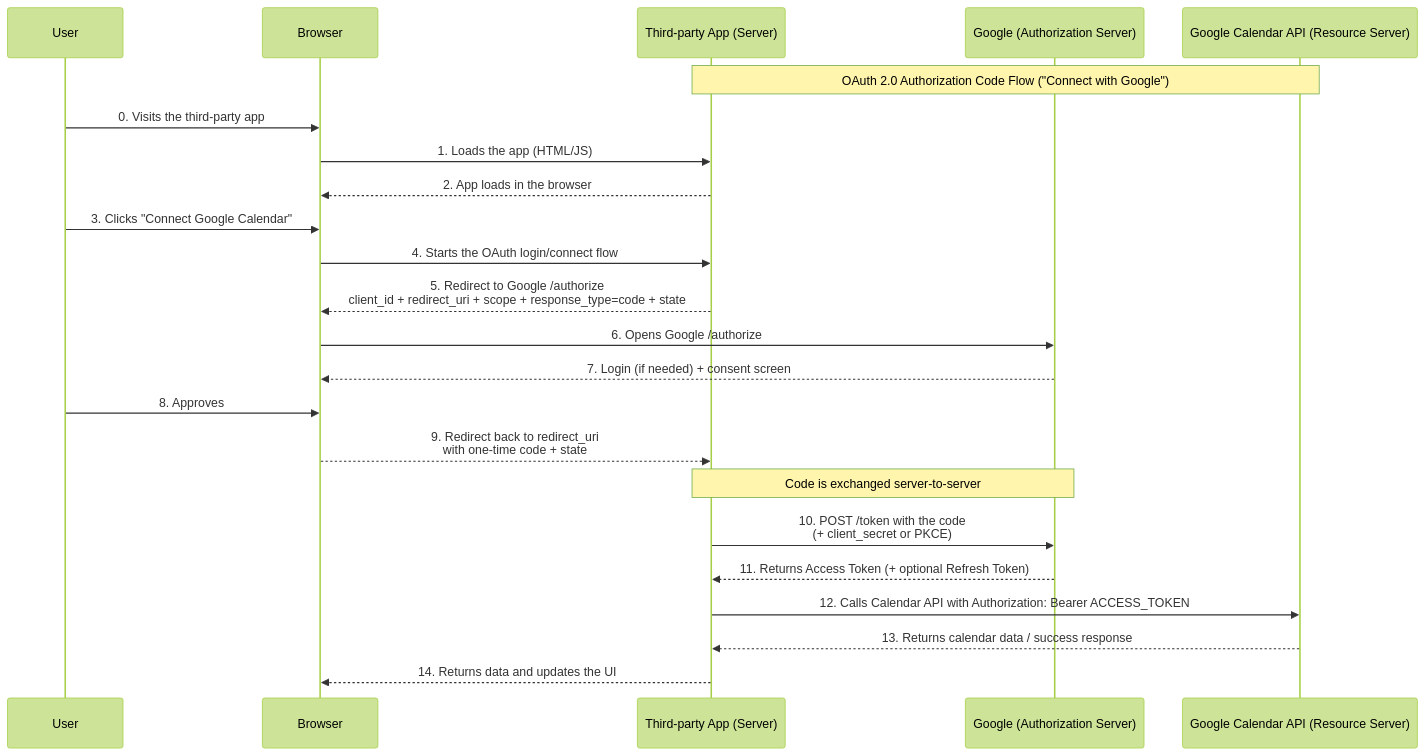
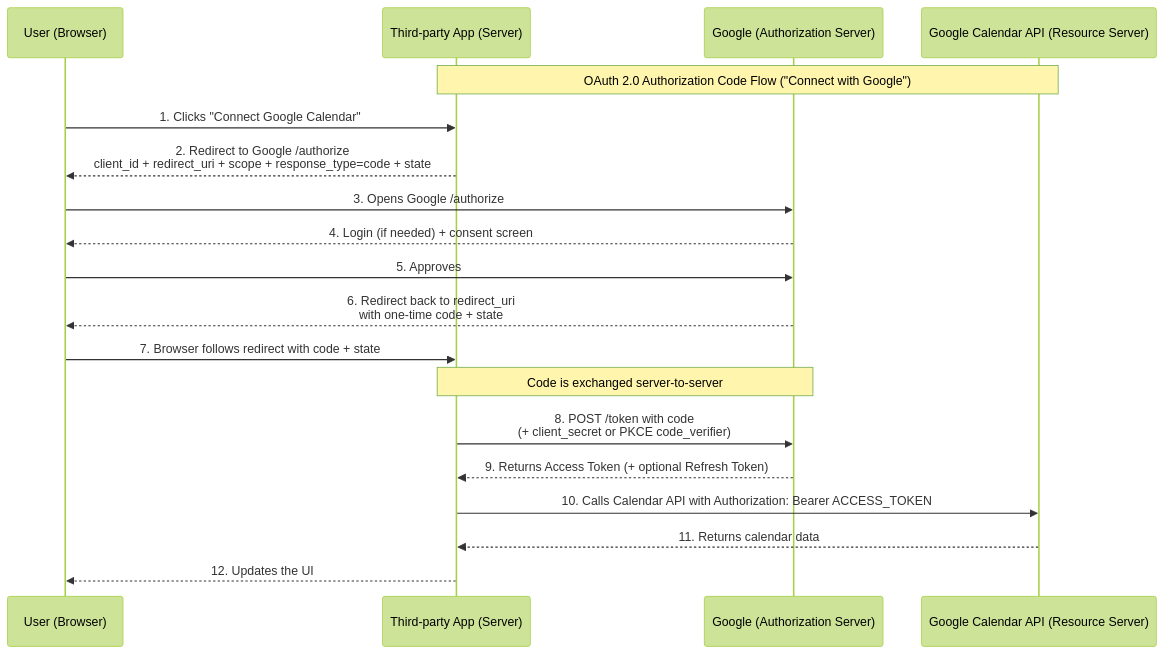
The first of 4 diagrams in docs/dev/authetication_and_authorization/oauth2-explanation.md (breezeight/nicola_blog), drawn with Mermaid (forest theme) before and after one commit. The commit also changed other lines of this file, not shown here.

Commit message:
make th oauth2 more developer oriented

````diff
--- a/docs/dev/authetication_and_authorization/oauth2-explanation.md
+++ b/docs/dev/authetication_and_authorization/oauth2-explanation.md
@@ -63,30 +64,25 @@
 ```mermaid
 sequenceDiagram
-    participant User as User
-    participant Browser as Browser
+    participant User as User (Browser)
     participant App as Third-party App (Server)
     participant Auth as Google (Authorization Server)
     participant API as Google Calendar API (Resource Server)
 
     Note over App,API: OAuth 2.0 Authorization Code Flow ("Connect with Google")
 
-    User->>Browser: 0. Visits the third-party app
-    Browser->>App: 1. Loads the app (HTML/JS)
-    App-->>Browser: 2. App loads in the browser
-
-    User->>Browser: 3. Clicks "Connect Google Calendar"
-    Browser->>App: 4. Starts the OAuth login/connect flow
-    App-->>Browser: 5. Redirect to Google /authorize<br/>client_id + redirect_uri + scope + response_type=code + state
-    Browser->>Auth: 6. Opens Google /authorize
-    Auth-->>Browser: 7. Login (if needed) + consent screen
-    User->>Browser: 8. Approves
-    Browser-->>App: 9. Redirect back to redirect_uri<br/>with one-time code + state
+    User->>App: 1. Clicks "Connect Google Calendar"
+    App-->>User: 2. Redirect to Google /authorize<br/>client_id + redirect_uri + scope + response_type=code + state
+    User->>Auth: 3. Opens Google /authorize
+    Auth-->>User: 4. Login (if needed) + consent screen
+    User->>Auth: 5. Approves
+    Auth-->>User: 6. Redirect back to redirect_uri<br/>with one-time code + state
+    User->>App: 7. Browser follows redirect with code + state
 
     Note over App,Auth: Code is exchanged server-to-server
-    App->>Auth: 10. POST /token with the code<br/>(+ client_secret or PKCE)
-    Auth-->>App: 11. Returns Access Token (+ optional Refresh Token)
+    App->>Auth: 8. POST /token with code<br/>(+ client_secret or PKCE code_verifier)
+    Auth-->>App: 9. Returns Access Token (+ optional Refresh Token)
 
-    App->>API: 12. Calls Calendar API with Authorization: Bearer ACCESS_TOKEN
-    API-->>App: 13. Returns calendar data / success response
-    App-->>Browser: 14. Returns data and updates the UI
+    App->>API: 10. Calls Calendar API with Authorization: Bearer ACCESS_TOKEN
+    API-->>App: 11. Returns calendar data
+    App-->>User: 12. Updates the UI
 ```
````
